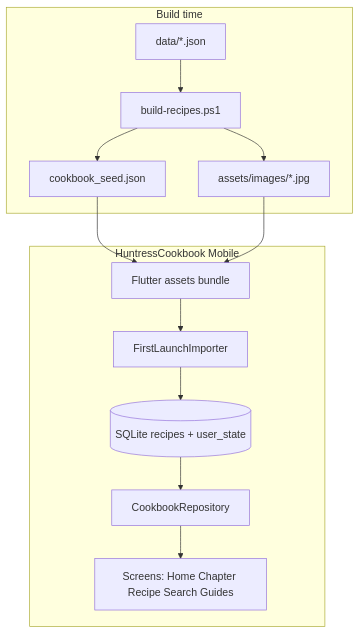
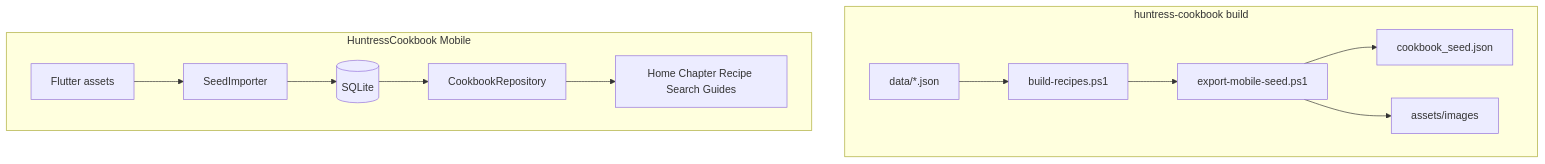
Before and after one commit to Marcell0805/huntress-cookbook: the diagram in docs/plans/flutter-mobile-app.md, drawn with Mermaid. The commit also changed other lines of this file and 6 other files, not shown here.

````diff
--- a/docs/plans/flutter-mobile-app.md
+++ b/docs/plans/flutter-mobile-app.md
@@ -32,27 +44,22 @@
 ```mermaid
 flowchart TD
-  subgraph build [Build time]
+  subgraph build [huntress-cookbook build]
     JSON[data/*.json]
     PS[build-recipes.ps1]
+    Export[export-mobile-seed.ps1]
     Seed[cookbook_seed.json]
-    Imgs[assets/images/*.jpg]
-    JSON --> PS
-    PS --> Seed
-    PS --> Imgs
+    Imgs[assets/images]
+    JSON --> PS --> Export
+    Export --> Seed
+    Export --> Imgs
   end
 
-  subgraph flutter [HuntressCookbook Mobile]
-    Assets[Flutter assets bundle]
-    Bootstrap[FirstLaunchImporter]
-    DB[(SQLite recipes + user_state)]
+  subgraph mobile [HuntressCookbook Mobile]
+    Assets[Flutter assets]
+    Importer[SeedImporter]
+    DB[(SQLite)]
     Repo[CookbookRepository]
-    UI[Screens: Home Chapter Recipe Search Guides]
-    Assets --> Bootstrap
-    Bootstrap --> DB
-    DB --> Repo
-    Repo --> UI
+    UI[Home Chapter Recipe Search Guides]
+    Assets --> Importer --> DB --> Repo --> UI
   end
-
-  Seed --> Assets
-  Imgs --> Assets
 ```
````
